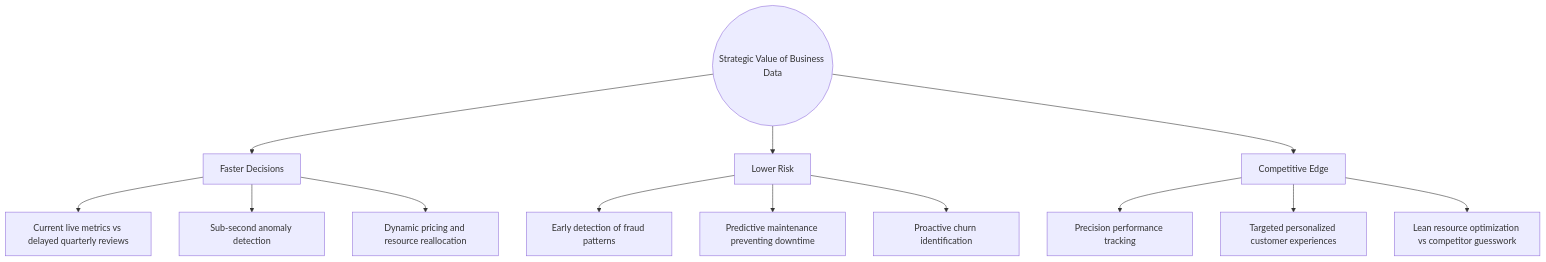
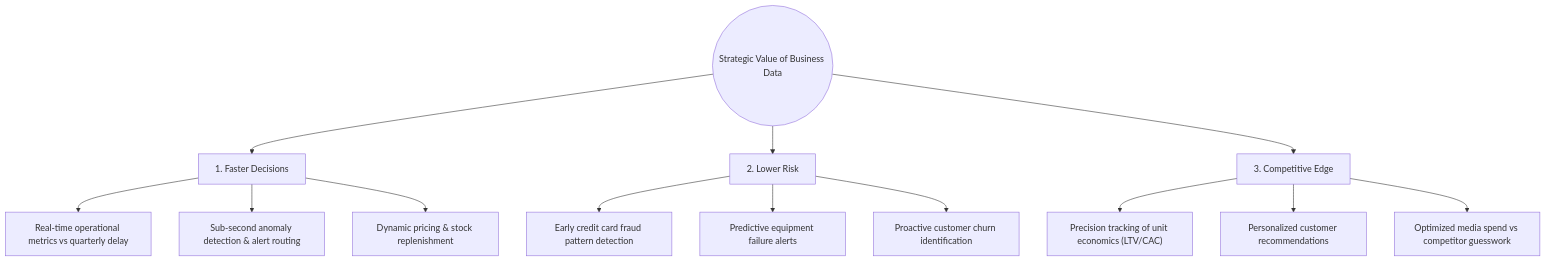
One commit to DeepLumiere/DeepSkills changed the second of 7 diagrams in notes/data_analysis/Chapter7_Introduction_to_Business_Data.md. Above: the diagram before and after it, drawn with Mermaid. The commit also changed other lines of this file and 8 other files, not shown here.

````diff
--- a/notes/data_analysis/Chapter7_Introduction_to_Business_Data.md
+++ b/notes/data_analysis/Chapter7_Introduction_to_Business_Data.md
@@ -104,16 +71,18 @@
 ```mermaid
 flowchart TD
     Root(("Strategic Value of Business Data"))
-    Root --> F["Faster Decisions"]
-    F --> F1["Current live metrics vs delayed quarterly reviews"]
-    F --> F2["Sub-second anomaly detection"]
-    F --> F3["Dynamic pricing and resource reallocation"]
-    Root --> L["Lower Risk"]
-    L --> L1["Early detection of fraud patterns"]
-    L --> L2["Predictive maintenance preventing downtime"]
-    L --> L3["Proactive churn identification"]
-    Root --> C["Competitive Edge"]
-    C --> C1["Precision performance tracking"]
-    C --> C2["Targeted personalized customer experiences"]
-    C --> C3["Lean resource optimization vs competitor guesswork"]
+    Root --> F["1. Faster Decisions"]
+    F --> F1["Real-time operational metrics vs quarterly delay"]
+    F --> F2["Sub-second anomaly detection & alert routing"]
+    F --> F3["Dynamic pricing & stock replenishment"]
+
+    Root --> L["2. Lower Risk"]
+    L --> L1["Early credit card fraud pattern detection"]
+    L --> L2["Predictive equipment failure alerts"]
+    L --> L3["Proactive customer churn identification"]
+
+    Root --> C["3. Competitive Edge"]
+    C --> C1["Precision tracking of unit economics (LTV/CAC)"]
+    C --> C2["Personalized customer recommendations"]
+    C --> C3["Optimized media spend vs competitor guesswork"]
 ```
````
